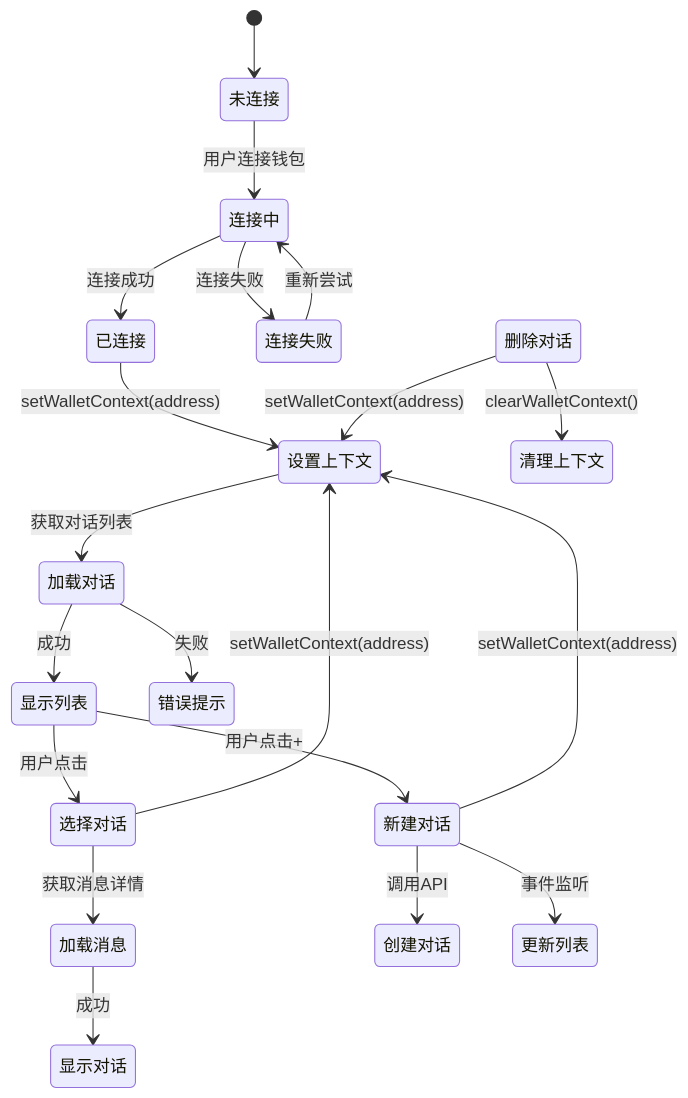
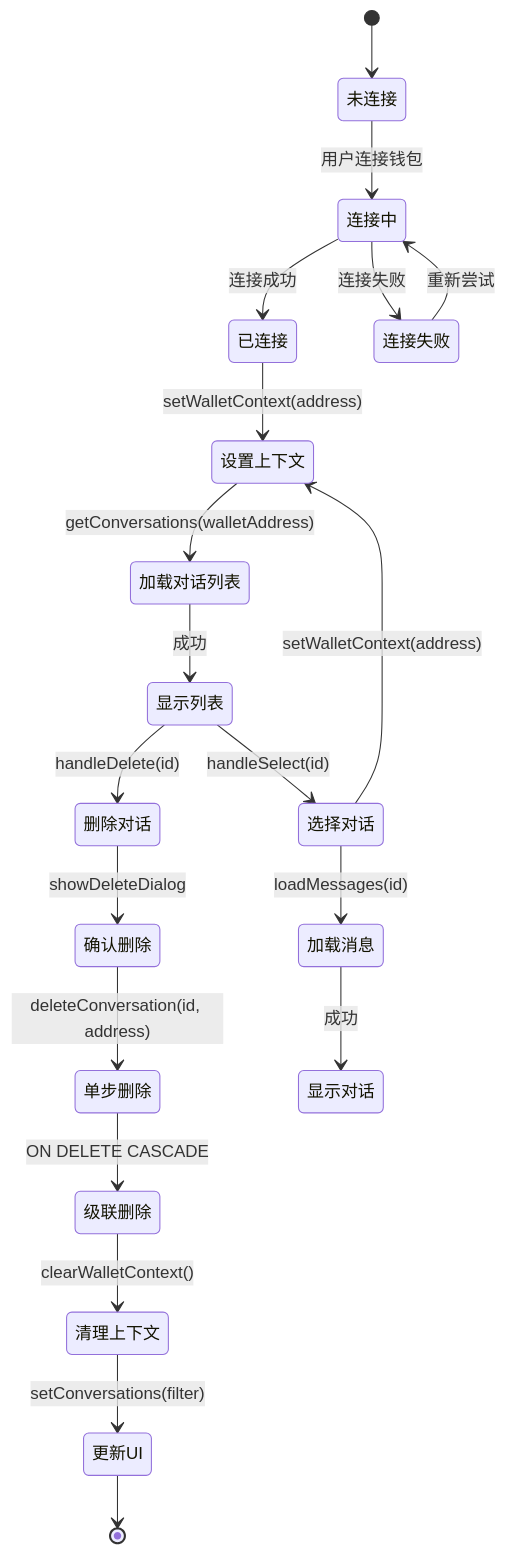
The sixth of 18 diagrams in .qoder/repowiki/zh/content/核心技能详解/对话持久化系统.md (CryptoLinxu/Web3-AI-Agent), drawn with Mermaid before and after one commit. The commit also changed other lines of this file and 12 other files, not shown here.

````diff
--- a/.qoder/repowiki/zh/content/核心技能详解/对话持久化系统.md
+++ b/.qoder/repowiki/zh/content/核心技能详解/对话持久化系统.md
@@ -324,22 +345,22 @@
 ```mermaid
 stateDiagram-v2
 [*] --> 未连接
 未连接 --> 连接中 : 用户连接钱包
 连接中 --> 已连接 : 连接成功
 连接中 --> 连接失败 : 连接失败
 连接失败 --> 连接中 : 重新尝试
 已连接 --> 设置上下文 : setWalletContext(address)
-设置上下文 --> 加载对话 : 获取对话列表
-加载对话 --> 显示列表 : 成功
-加载对话 --> 错误提示 : 失败
-显示列表 --> 选择对话 : 用户点击
-显示列表 --> 新建对话 : 用户点击+
+设置上下文 --> 加载对话列表 : getConversations(walletAddress)
+加载对话列表 --> 显示列表 : 成功
+显示列表 --> 选择对话 : handleSelect(id)
+显示列表 --> 删除对话 : handleDelete(id)
+删除对话 --> 确认删除 : showDeleteDialog
+确认删除 --> 单步删除 : deleteConversation(id, address)
+单步删除 --> 级联删除 : ON DELETE CASCADE
+级联删除 --> 清理上下文 : clearWalletContext()
+清理上下文 --> 更新UI : setConversations(filter)
+更新UI --> [*]
 选择对话 --> 设置上下文 : setWalletContext(address)
-选择对话 --> 加载消息 : 获取消息详情
+选择对话 --> 加载消息 : loadMessages(id)
 加载消息 --> 显示对话 : 成功
-新建对话 --> 创建对话 : 调用API
-新建对话 --> 设置上下文 : setWalletContext(address)
-新建对话 --> 更新列表 : 事件监听
-删除对话 --> 设置上下文 : setWalletContext(address)
-删除对话 --> 清理上下文 : clearWalletContext()
 ```
````
